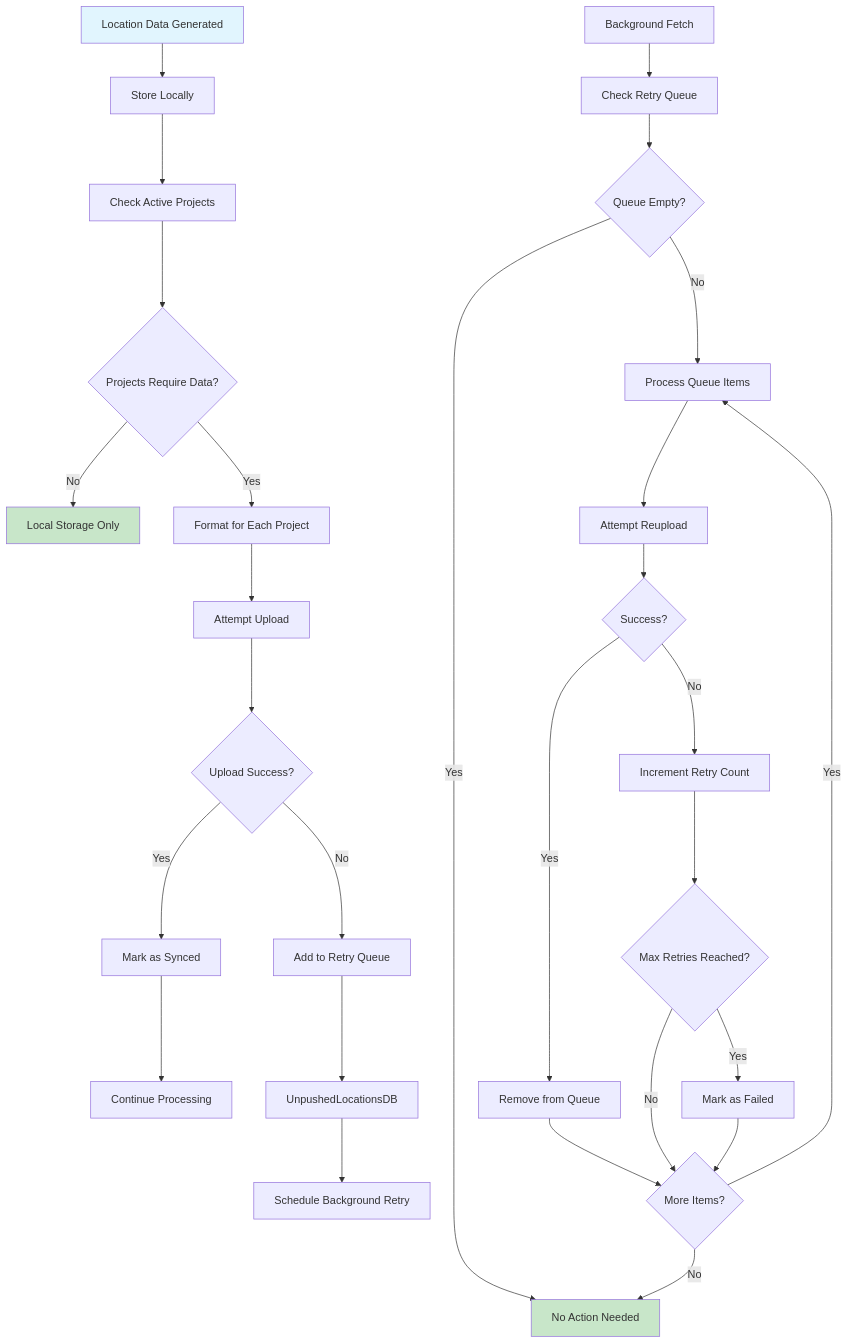
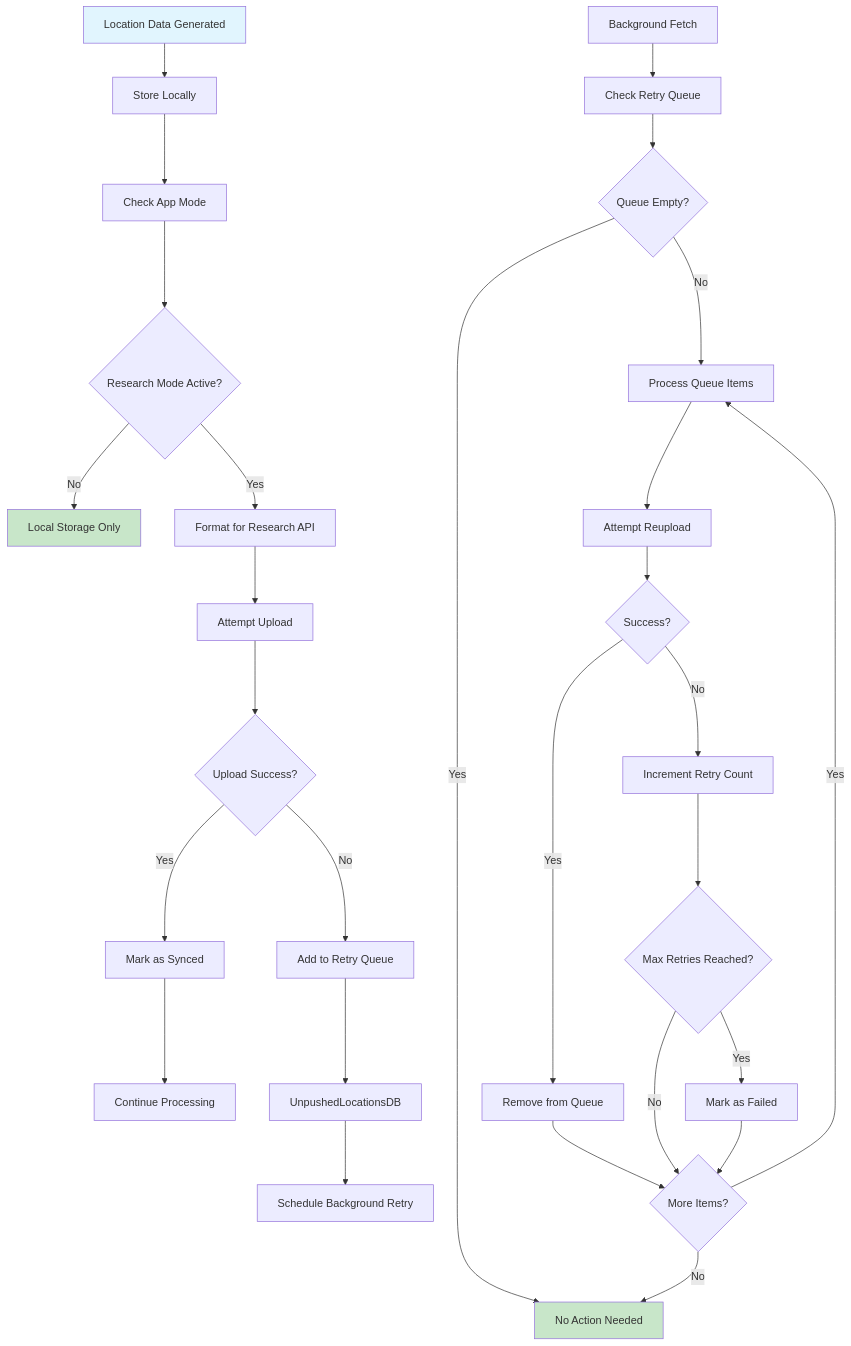
The fifth of 10 diagrams in docs/FLOW_CHARTS.md (ActivitySpaceLab/gauteng-wellbeing-mapper-app), drawn with Mermaid before and after one commit. The commit also changed other lines of this file and 5 other files, not shown here.

````diff
--- a/docs/FLOW_CHARTS.md
+++ b/docs/FLOW_CHARTS.md
@@ -160,36 +151,36 @@
 ```mermaid
 flowchart TD
     A[Location Data Generated] --> B[Store Locally]
-    B --> C[Check Active Projects]
-    C --> D{Projects Require Data?}
+    B --> C[Check App Mode]
+    C --> D{Research Mode Active?}
     D -->|No| E[Local Storage Only]
-    D -->|Yes| F[Format for Each Project]
+    D -->|Yes| F[Format for Research API]
     F --> G[Attempt Upload]
     G --> H{Upload Success?}
     H -->|Yes| I[Mark as Synced]
     H -->|No| J[Add to Retry Queue]
     
     I --> K[Continue Processing]
     J --> L[UnpushedLocationsDB]
     L --> M[Schedule Background Retry]
     
     N[Background Fetch] --> O[Check Retry Queue]
     O --> P{Queue Empty?}
     P -->|Yes| Q[No Action Needed]
     P -->|No| R[Process Queue Items]
     R --> S[Attempt Reupload]
     S --> T{Success?}
     T -->|Yes| U[Remove from Queue]
     T -->|No| V[Increment Retry Count]
     U --> W{More Items?}
     V --> X{Max Retries Reached?}
     X -->|Yes| Y[Mark as Failed]
     X -->|No| W
     W -->|Yes| R
     W -->|No| Q
     Y --> W
     
     style A fill:#e1f5fe
     style E fill:#c8e6c9
     style Q fill:#c8e6c9
 ```
````
